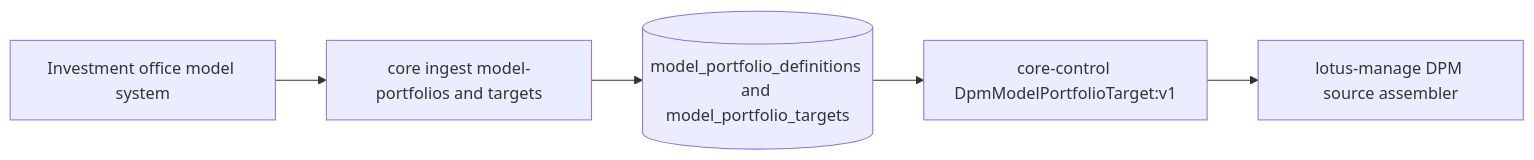
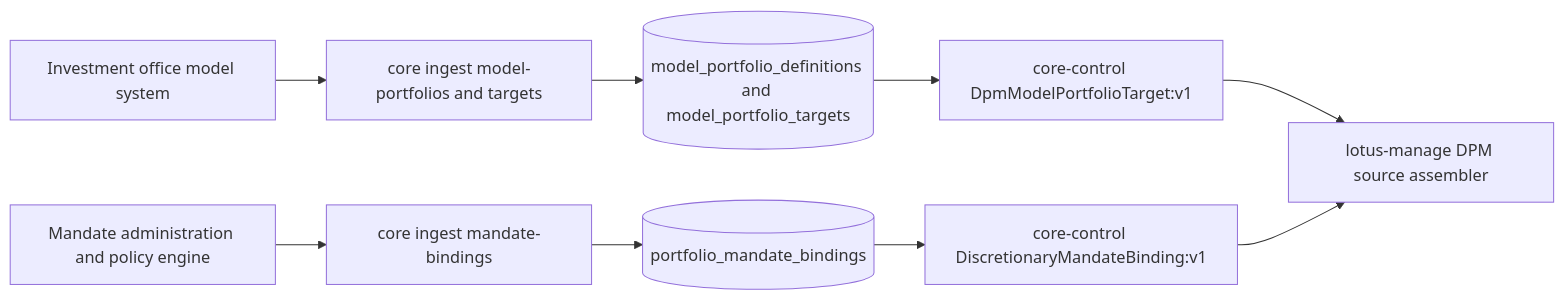
The diagram in wiki/Mesh-Data-Products.md (sgajbi/lotus-core), drawn with Mermaid before and after one commit. The commit also changed other lines of this file and 31 other files, not shown here.

Commit message:
feat: add DPM mandate binding source product

````diff
--- a/wiki/Mesh-Data-Products.md
+++ b/wiki/Mesh-Data-Products.md
@@ -23,7 +24,11 @@
 ```mermaid
 flowchart LR
     Upstream[Investment office model system] --> Ingest[core ingest model-portfolios and targets]
+    Mandate[Mandate administration and policy engine] --> BindIngest[core ingest mandate-bindings]
     Ingest --> Store[(model_portfolio_definitions and model_portfolio_targets)]
+    BindIngest --> BindingStore[(portfolio_mandate_bindings)]
     Store --> API[core-control DpmModelPortfolioTarget:v1]
+    BindingStore --> BindingAPI[core-control DiscretionaryMandateBinding:v1]
     API --> Manage[lotus-manage DPM source assembler]
+    BindingAPI --> Manage
 ```
````
